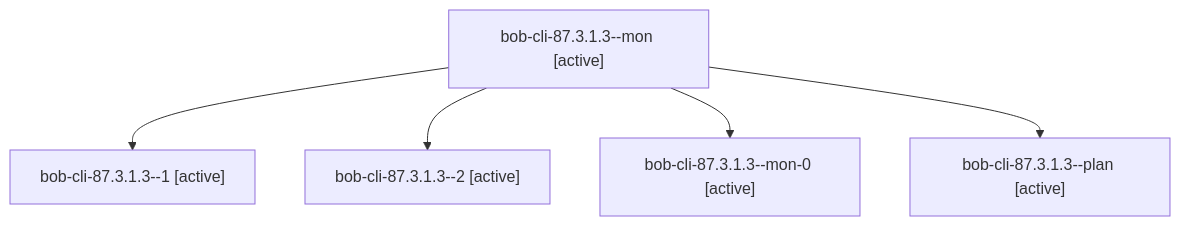
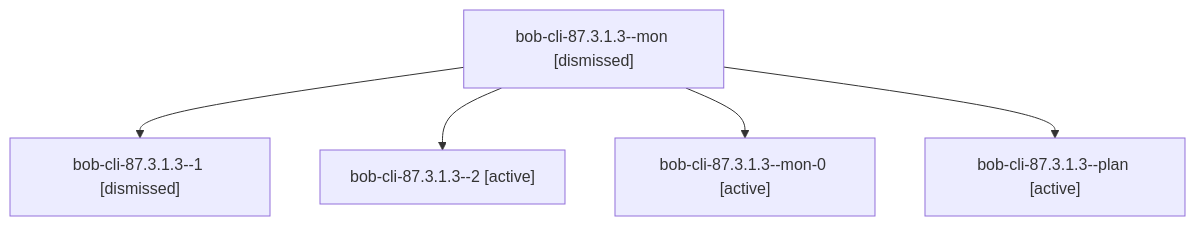
The diagram in sessions/bbugyi200.athena.bob-cli-87.3.1.3.md (bobs-org/bob-cli--agents), drawn with Mermaid before and after one commit. The commit also changed other lines of this file and 210 other files, not shown here.

````diff
--- a/sessions/bbugyi200.athena.bob-cli-87.3.1.3.md
+++ b/sessions/bbugyi200.athena.bob-cli-87.3.1.3.md
@@ -9,12 +9,12 @@
 ```mermaid
 flowchart TD
-  n0["bob-cli-87.3.1.3--mon [active]"]
-  n1["bob-cli-87.3.1.3--1 [active]"]
+  n0["bob-cli-87.3.1.3--mon [dismissed]"]
+  n1["bob-cli-87.3.1.3--1 [dismissed]"]
   n0 --> n1
   n2["bob-cli-87.3.1.3--2 [active]"]
   n0 --> n2
   n3["bob-cli-87.3.1.3--mon-0 [active]"]
   n0 --> n3
   n4["bob-cli-87.3.1.3--plan [active]"]
   n0 --> n4
 ```
````
